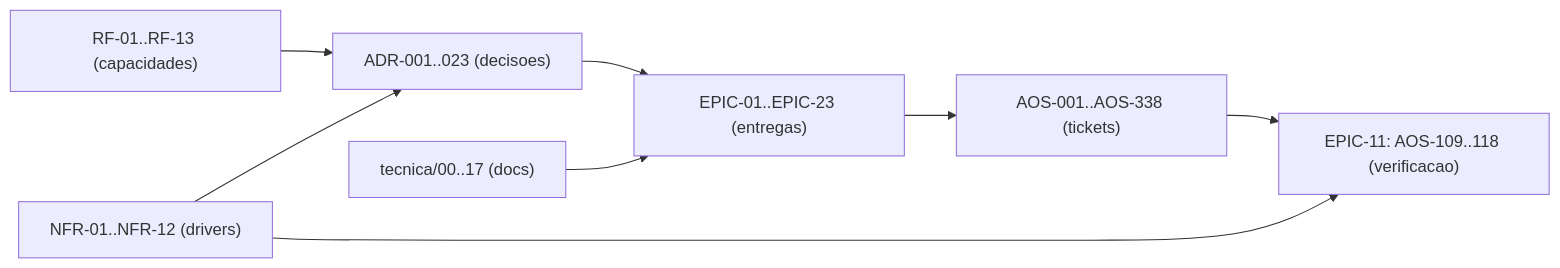
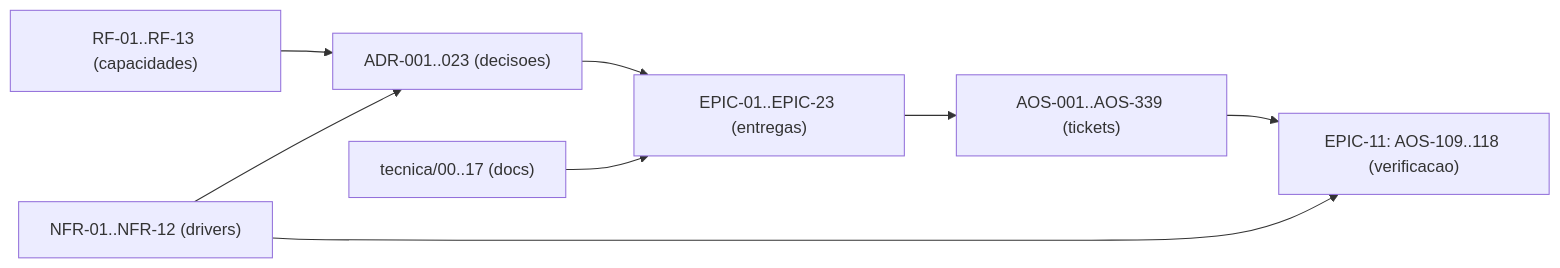
Before and after one commit to albinoJimy/aos: the diagram in tecnica/16_Rastreabilidade_RTM.md, drawn with Mermaid. The commit also changed other lines of this file and 9 other files, not shown here.

````diff
--- a/tecnica/16_Rastreabilidade_RTM.md
+++ b/tecnica/16_Rastreabilidade_RTM.md
@@ -180,10 +180,10 @@
 ```mermaid
 flowchart LR
     RF["RF-01..RF-13 (capacidades)"] --> ADR["ADR-001..023 (decisoes)"]
     NFR["NFR-01..NFR-12 (drivers)"] --> ADR
     ADR --> EPIC["EPIC-01..EPIC-23 (entregas)"]
-    EPIC --> TICK["AOS-001..AOS-338 (tickets)"]
+    EPIC --> TICK["AOS-001..AOS-339 (tickets)"]
     DOC["tecnica/00..17 (docs)"] --> EPIC
     TICK --> TEST["EPIC-11: AOS-109..118 (verificacao)"]
     NFR --> TEST
 ```
````
